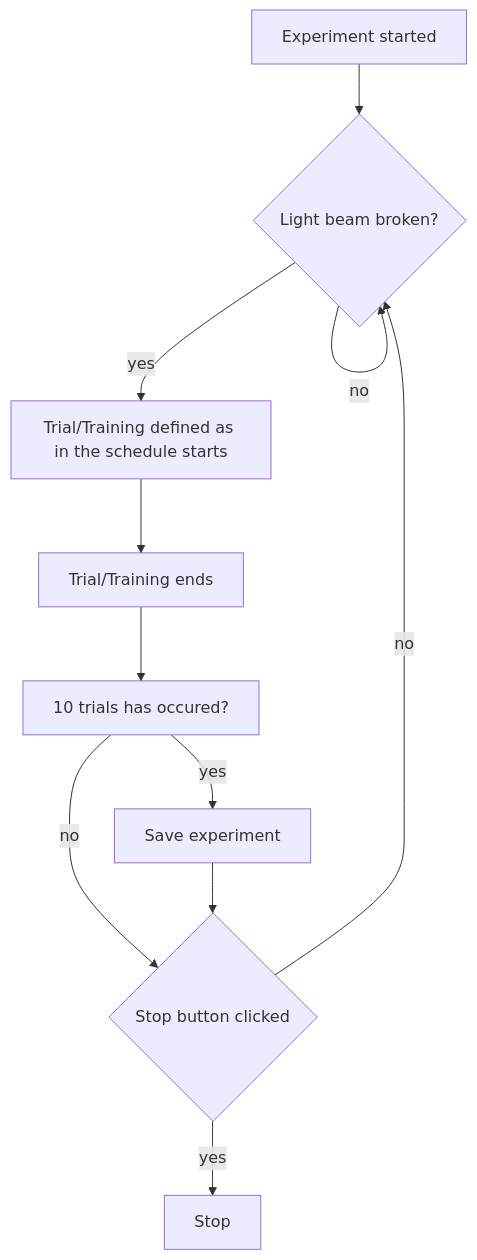
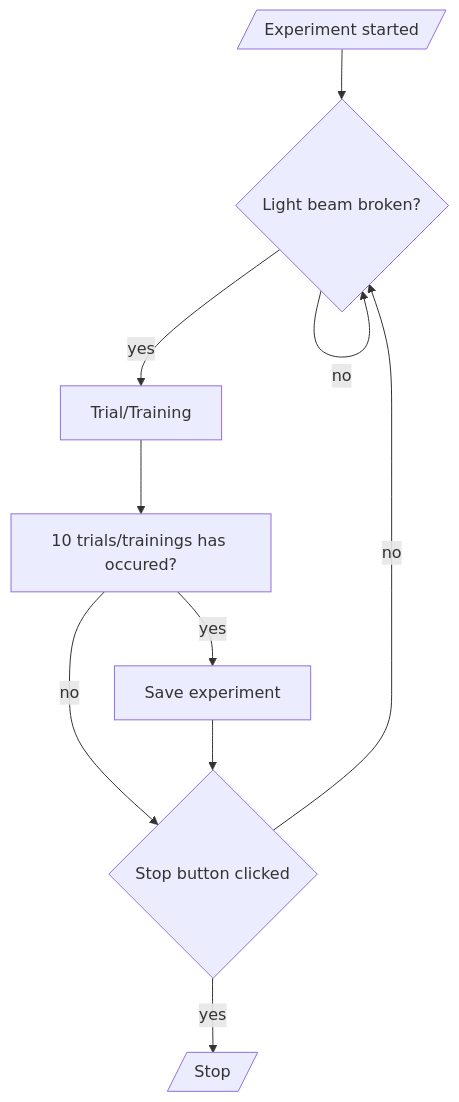
One commit to bdyontar/NoSeMaze changed the diagram in Documentation/Guides/userGuide.md. Above: the diagram before and after it, drawn with Mermaid. The commit also changed other lines of this file, not shown here.

````diff
--- a/Documentation/Guides/userGuide.md
+++ b/Documentation/Guides/userGuide.md
@@ -17,23 +77,21 @@
 ```mermaid
-graph TD
-    S[Experiment started]
+flowchart TD
+    S[/Experiment started/]
     SA{Light beam broken?}
-    A[Trial/Training defined as in the schedule starts]
-    B[Trial/Training ends]
-    SV[10 trials has occured?]
+    A[Trial/Training]
+    SV[10 trials/trainings has occured?]
     sv[Save experiment]
     SS{Stop button clicked} 
-    Z[Stop]
+    Z[/Stop/]
 
     S --> SA
     SA --> |yes| A
     SA --> |no| SA
-    A --> B
-    B --> SV
+    A --> SV
     SV --> |no| SS
     SV --> |yes| sv
     sv --> SS
+    SS --> |no| SA
     SS --> |yes| Z
-    SS --> |no| SA
 
 ```
````
